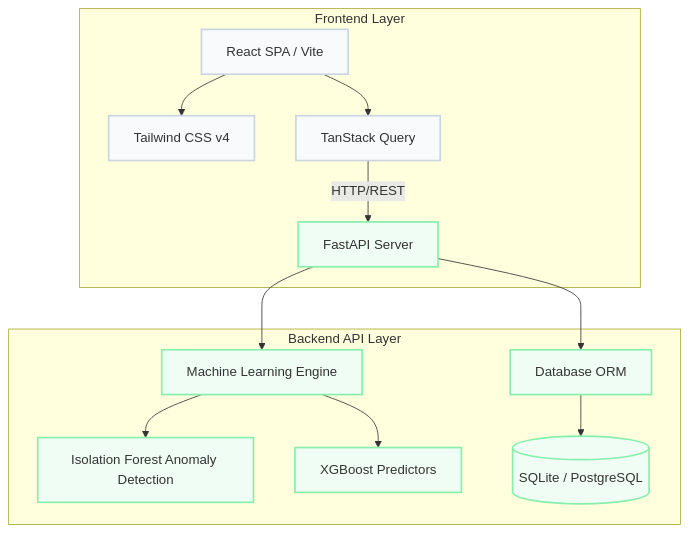
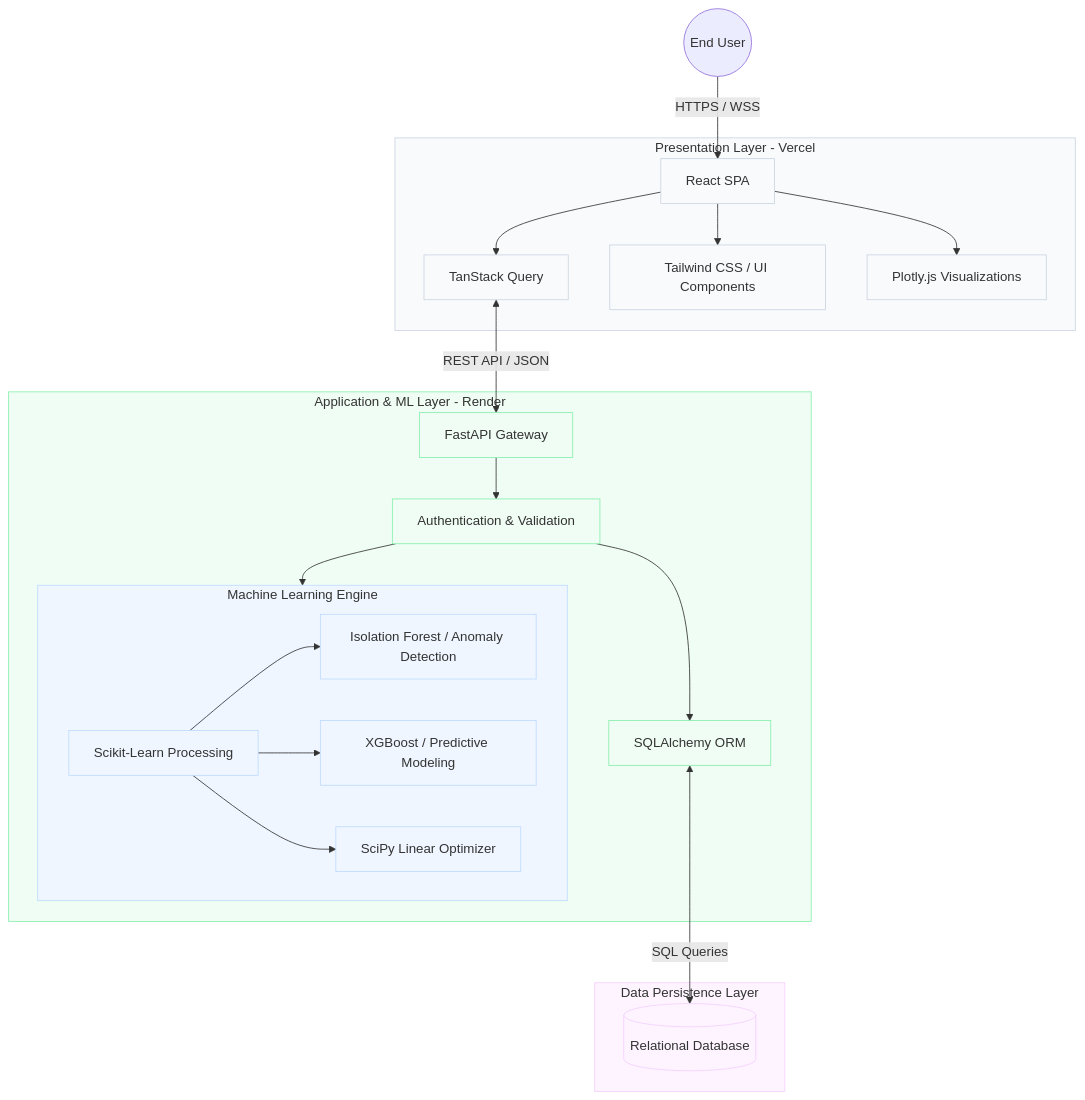
One commit to shekharsameer2308/Analyzer changed the diagram in README.md. Above: the diagram before and after it, drawn with Mermaid. The commit also changed other lines of this file, not shown here.

Commit message:
Enhance README detail and Mermaid architecture diagram

````diff
--- a/README.md
+++ b/README.md
@@ -9,21 +9,59 @@
 ```mermaid
 graph TD
-    subgraph Client [Frontend Layer]
-        A[React SPA / Vite] --> B[Tailwind CSS v4]
-        A --> C[TanStack Query]
-        C -->|HTTP/REST| D
+    %% User Interaction
+    User((End User)) -->|HTTPS / WSS| Dashboard
+    
+    %% Client-Side Architecture (Frontend)
+    subgraph Frontend [Presentation Layer - Vercel]
+        Dashboard[React SPA]
+        State[TanStack Query]
+        UI[Tailwind CSS / UI Components]
+        Charts[Plotly.js Visualizations]
+        
+        Dashboard --> State
+        Dashboard --> UI
+        Dashboard --> Charts
     end
-
-    subgraph Server [Backend API Layer]
-        D[FastAPI Server] --> E[Machine Learning Engine]
-        D --> F[Database ORM]
-        E --> G[Isolation Forest Anomaly Detection]
-        E --> H[XGBoost Predictors]
-        F --> I[(SQLite / PostgreSQL)]
+    
+    %% Server-Side Architecture (Backend)
+    subgraph Backend [Application & ML Layer - Render]
+        API[FastAPI Gateway]
+        Auth[Authentication & Validation]
+        ORM[SQLAlchemy ORM]
+        
+        subgraph ML_Engine [Machine Learning Engine]
+            ScikitLearn[Scikit-Learn Processing]
+            IsolationForest[Isolation Forest / Anomaly Detection]
+            XGBoost[XGBoost / Predictive Modeling]
+            Optimizer[SciPy Linear Optimizer]
+            
+            ScikitLearn --> IsolationForest
+            ScikitLearn --> XGBoost
+            ScikitLearn --> Optimizer
+        end
+        
+        API --> Auth
+        Auth --> ORM
+        Auth --> ML_Engine
     end
-
-    classDef client fill:#f8fafc,stroke:#cbd5e1,stroke-width:2px;
-    classDef server fill:#f0fdf4,stroke:#86efac,stroke-width:2px;
-    class A,B,C client;
-    class D,E,F,G,H,I server;
+    
+    %% Data Persistence
+    subgraph Storage [Data Persistence Layer]
+        DB[(Relational Database)]
+    end
+    
+    %% Connections
+    State <-->|REST API / JSON| API
+    ORM <-->|SQL Queries| DB
+    
+    %% Styling
+    classDef client fill:#f8fafc,stroke:#cbd5e1,stroke-width:1px;
+    classDef server fill:#f0fdf4,stroke:#86efac,stroke-width:1px;
+    classDef engine fill:#eff6ff,stroke:#bfdbfe,stroke-width:1px;
+    classDef database fill:#fdf4ff,stroke:#f5d0fe,stroke-width:1px;
+    
+    class Frontend,Dashboard,State,UI,Charts client;
+    class Backend,API,Auth,ORM server;
+    class ML_Engine,ScikitLearn,IsolationForest,XGBoost,Optimizer engine;
+    class Storage,DB database;
 ```
````
